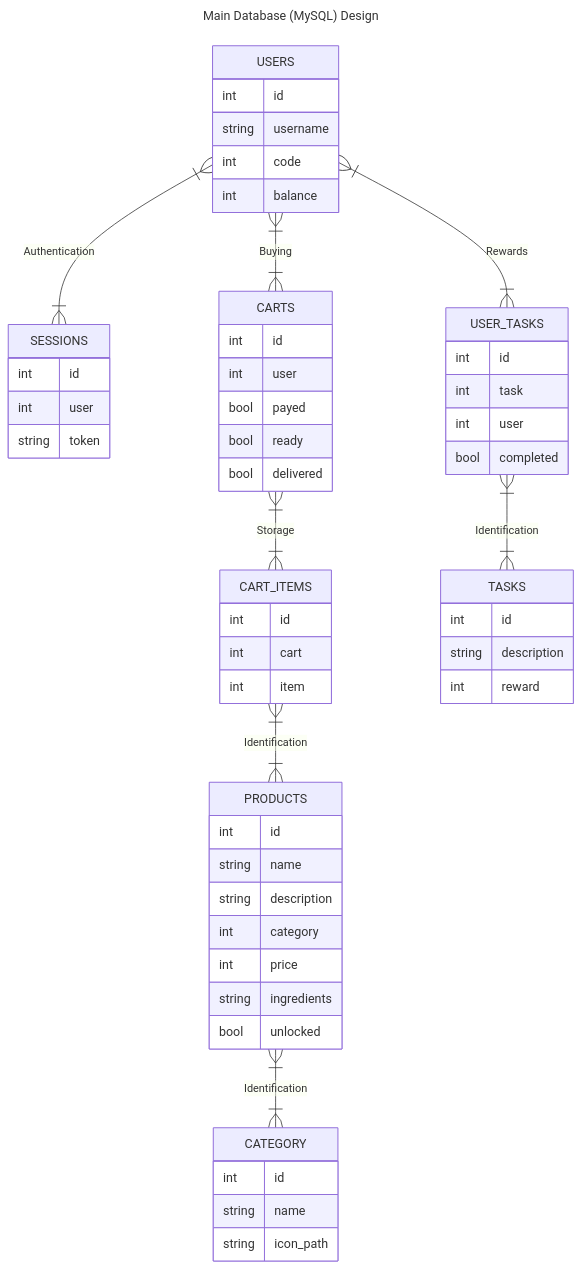
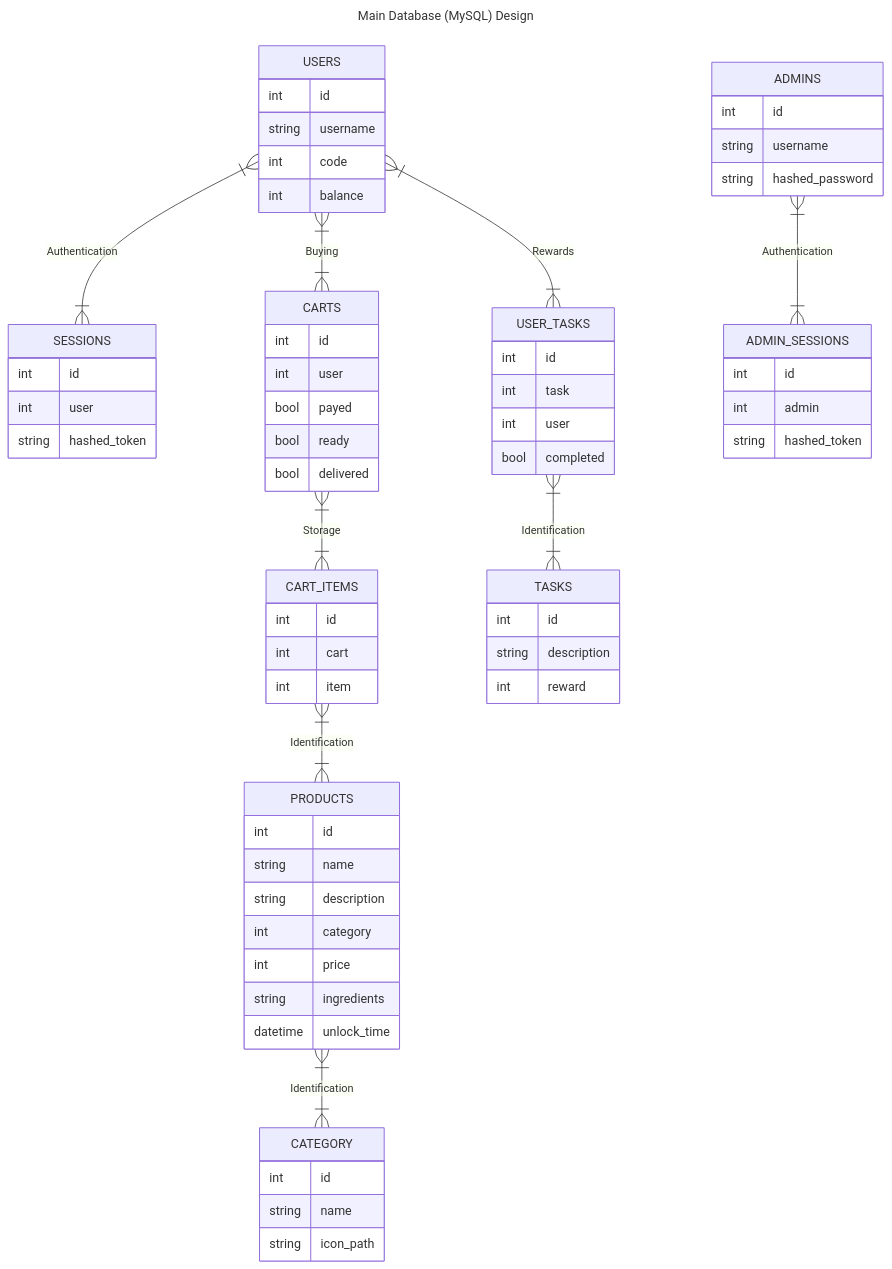
One commit to Sandj04/InebriatingZenith changed the diagram in design/database.md. Above: the diagram before and after it, drawn with Mermaid. The commit also changed other lines of this file, not shown here.

Commit message:
Update database design

````diff
--- a/design/database.md
+++ b/design/database.md
@@ -5,68 +9,82 @@
 ```mermaid
 ---
 title: Main Database (MySQL) Design
 ---
 
 erDiagram
     USERS {
         int id
         string username
         int code
         int balance
     }
     SESSIONS {
         int id
         int user
-        string token
+        string hashed_token
     }
     USERS }|--|{ SESSIONS : Authentication
 
     CARTS {
         int id
         int user
         bool payed
         bool ready
         bool delivered
     }
     USERS }|--|{ CARTS : Buying
 
     CART_ITEMS {
         int id
         int cart
         int item
     }
     CARTS }|--|{ CART_ITEMS : Storage
 
     PRODUCTS {
         int id
         string name
         string description
         int category
         int price
         string ingredients
-        bool unlocked
+        datetime unlock_time
     }
     CART_ITEMS }|--|{ PRODUCTS : Identification
 
     CATEGORY {
         int id
         string name
         string icon_path
     }
     PRODUCTS }|--|{ CATEGORY : Identification
 
     USER_TASKS {
         int id
         int task
         int user
         bool completed
     }
     USERS }|--|{ USER_TASKS : Rewards
 
     TASKS {
         int id
         string description
         int reward
     }
     USER_TASKS }|--|{ TASKS : Identification
+
+    ADMINS {
+        int id
+        string username
+        string hashed_password
+    }
+
+    ADMIN_SESSIONS {
+        int id
+        int admin
+        string hashed_token
+    }
+
+    ADMINS }|--|{ ADMIN_SESSIONS : Authentication
 ```
````
